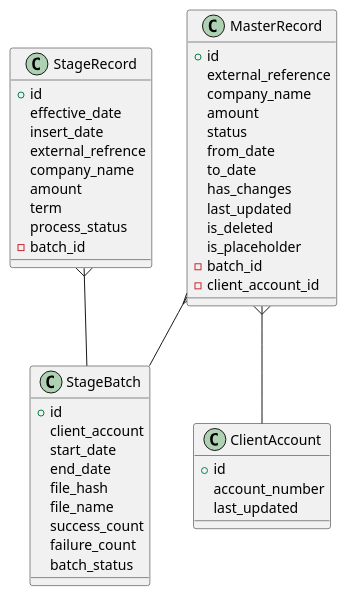
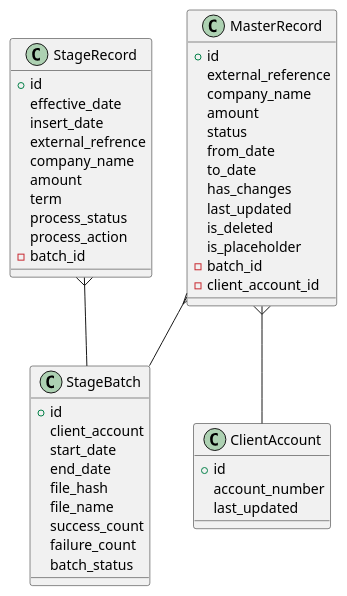
Before and after one commit to mariusvrstr/Python-SCD-ETL: the diagram in docs/database_design.puml, drawn with PlantUML.

Commit message:
Added process action (Add, Append, Merge, Replace)

```diff
--- a/docs/database_design.puml
+++ b/docs/database_design.puml
@@ -1,53 +1,54 @@
 @startuml ERD Design
 
 class StageRecord {
     +id
     effective_date
     insert_date
     external_refrence
     company_name
     amount
     term
     process_status
+    process_action
     -batch_id
 }
 
 class StageBatch {
     +id
     client_account
     start_date
     end_date
     file_hash
     file_name
     success_count
     failure_count
     batch_status
 }
 
 class MasterRecord {
     +id
     external_reference
     company_name
     amount
     status
     from_date
     to_date
     has_changes
     last_updated
     is_deleted
     is_placeholder
     -batch_id
     -client_account_id
 }
 
 class ClientAccount {
     +id
     account_number
     last_updated
 }
 
 StageRecord }-- StageBatch
 MasterRecord }-- ClientAccount
 MasterRecord }-- StageBatch
 
 @enduml
```
